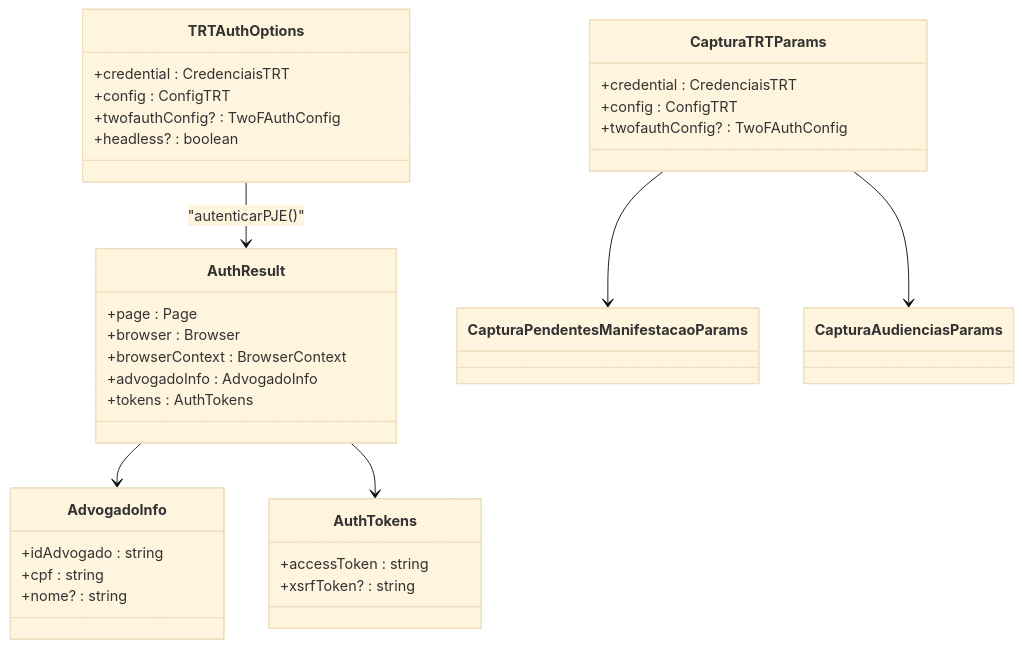
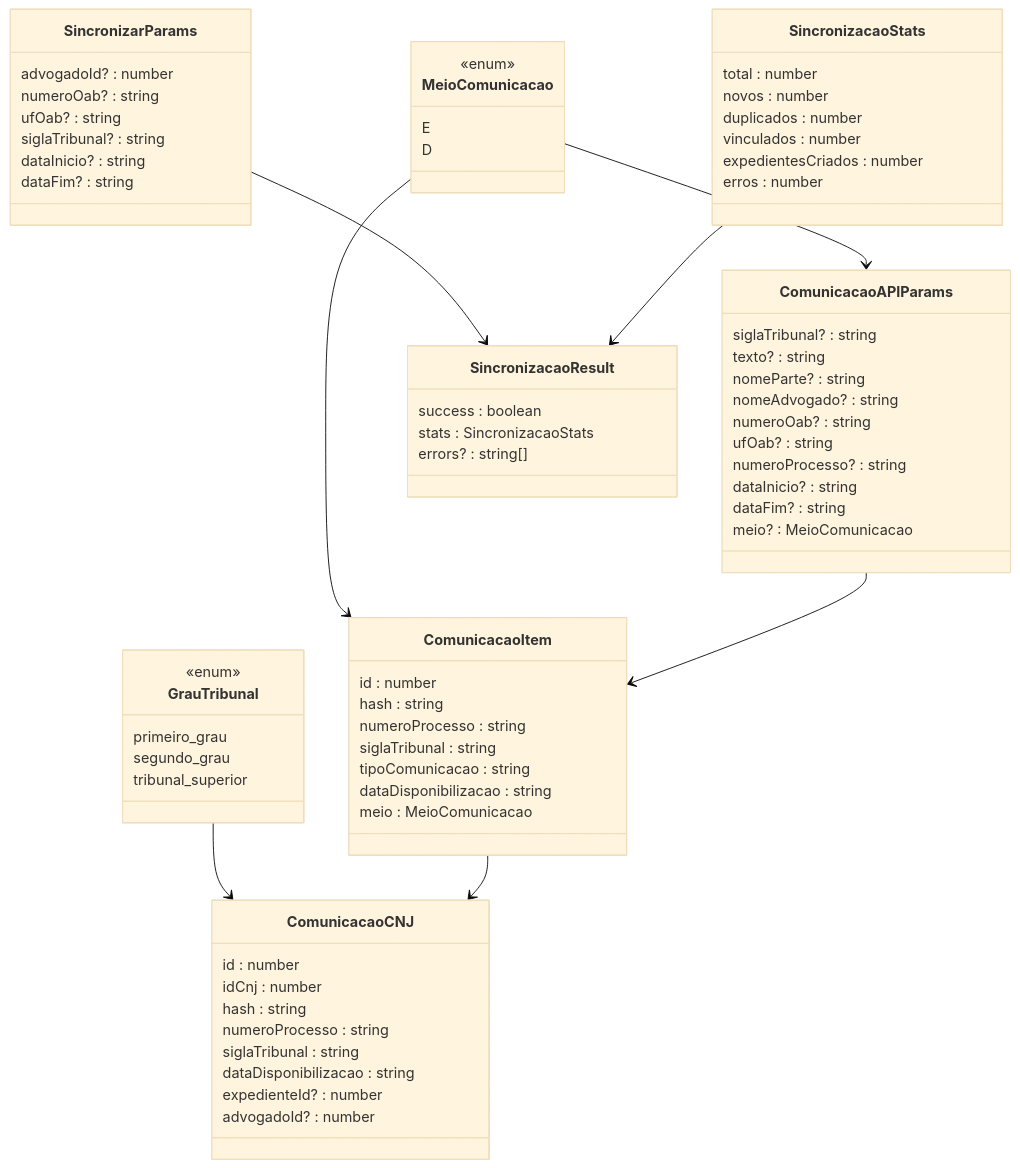
The third of 6 diagrams in .qoder/repowiki/pt/content/Módulos de Funcionalidade/Comunica CNJ.md (SinesysTech/zattar-os), drawn with Mermaid (base theme) before and after one commit. The commit also changed other lines of this file and 14 other files, not shown here.

````diff
--- a/.qoder/repowiki/pt/content/Módulos de Funcionalidade/Comunica CNJ.md
+++ b/.qoder/repowiki/pt/content/Módulos de Funcionalidade/Comunica CNJ.md
@@ -101,35 +111,73 @@
 ```mermaid
 classDiagram
-class TRTAuthOptions {
-+credential : CredenciaisTRT
-+config : ConfigTRT
-+twofauthConfig? : TwoFAuthConfig
-+headless? : boolean
+class MeioComunicacao {
+<<enum>>
+E
+D
 }
-class AuthResult {
-+page : Page
-+browser : Browser
-+browserContext : BrowserContext
-+advogadoInfo : AdvogadoInfo
-+tokens : AuthTokens
+class GrauTribunal {
+<<enum>>
+primeiro_grau
+segundo_grau
+tribunal_superior
 }
-class AdvogadoInfo {
-+idAdvogado : string
-+cpf : string
-+nome? : string
+class ComunicacaoAPIParams {
+siglaTribunal? : string
+texto? : string
+nomeParte? : string
+nomeAdvogado? : string
+numeroOab? : string
+ufOab? : string
+numeroProcesso? : string
+dataInicio? : string
+dataFim? : string
+meio? : MeioComunicacao
 }
-class AuthTokens {
-+accessToken : string
-+xsrfToken? : string
+class ComunicacaoItem {
+id : number
+hash : string
+numeroProcesso : string
+siglaTribunal : string
+tipoComunicacao : string
+dataDisponibilizacao : string
+meio : MeioComunicacao
 }
-class CapturaTRTParams {
-+credential : CredenciaisTRT
-+config : ConfigTRT
-+twofauthConfig? : TwoFAuthConfig
+class ComunicacaoCNJ {
+id : number
+idCnj : number
+hash : string
+numeroProcesso : string
+siglaTribunal : string
+dataDisponibilizacao : string
+expedienteId? : number
+advogadoId? : number
 }
-TRTAuthOptions --> AuthResult : "autenticarPJE()"
-AuthResult --> AdvogadoInfo
-AuthResult --> AuthTokens
-CapturaTRTParams --> CapturaPendentesManifestacaoParams
-CapturaTRTParams --> CapturaAudienciasParams
+class SincronizarParams {
+advogadoId? : number
+numeroOab? : string
+ufOab? : string
+siglaTribunal? : string
+dataInicio? : string
+dataFim? : string
+}
+class SincronizacaoStats {
+total : number
+novos : number
+duplicados : number
+vinculados : number
+expedientesCriados : number
+erros : number
+}
+class SincronizacaoResult {
+success : boolean
+stats : SincronizacaoStats
+errors? : string[]
+}
+MeioComunicacao --> ComunicacaoAPIParams
+MeioComunicacao --> ComunicacaoItem
+GrauTribunal --> ComunicacaoCNJ
+ComunicacaoAPIParams --> ComunicacaoItem
+ComunicacaoItem --> ComunicacaoCNJ
+SincronizarParams --> SincronizacaoResult
+SincronizacaoStats --> SincronizacaoResult
 ```
````
